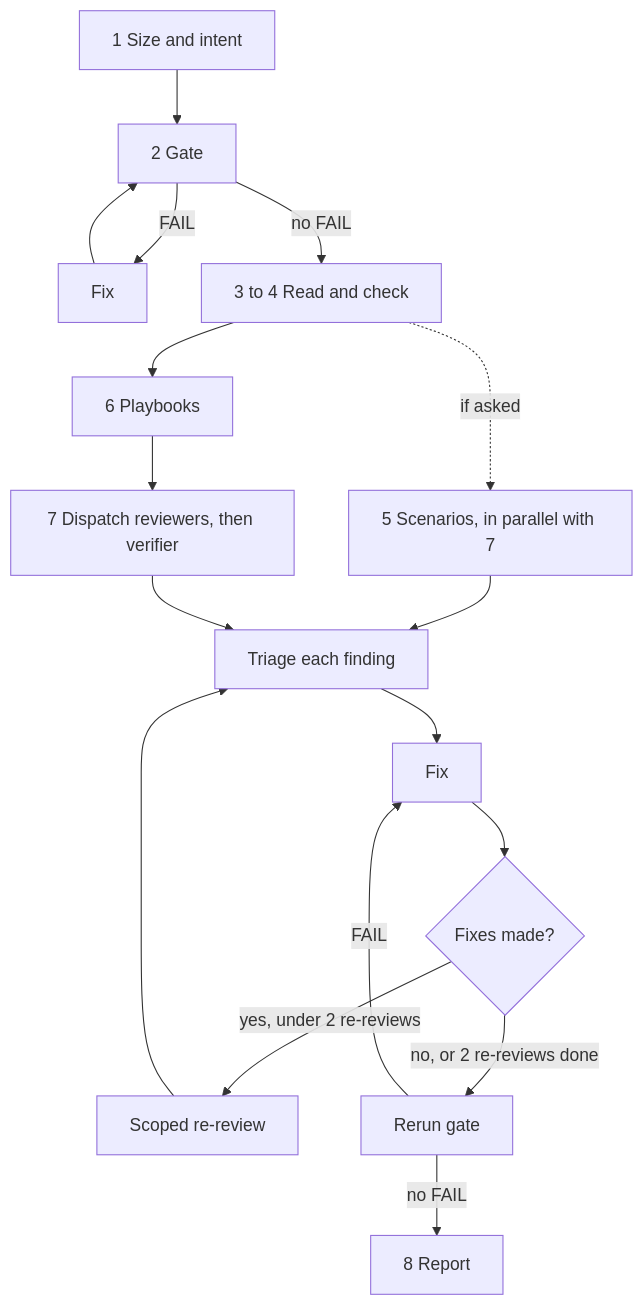
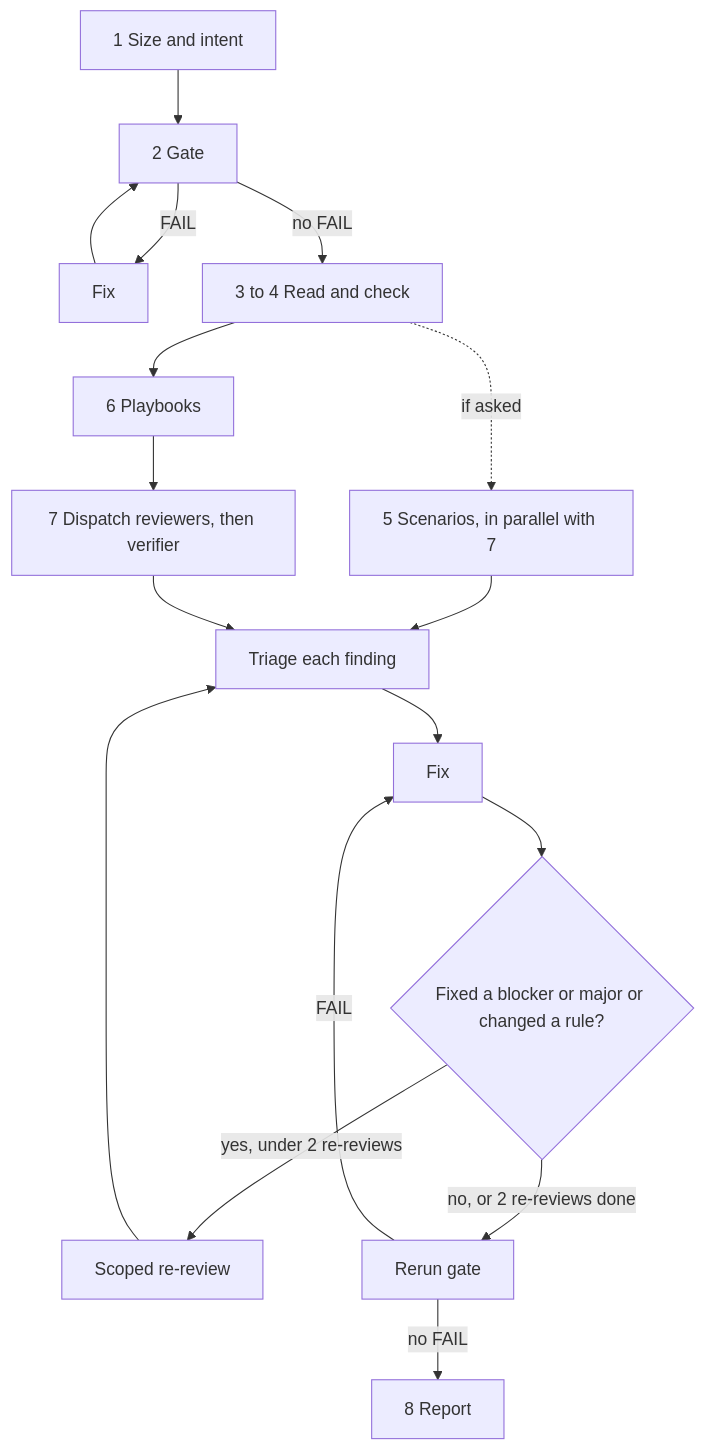
The diagram in skills/reviewing-skills/references/review-runbook.md (joeblackwaslike/agent-skills), drawn with Mermaid before and after one commit. The commit also changed other lines of this file and 5 other files, not shown here.

Commit message:
fix(review): reviewer agents get the filled template, no nested dispatch, measurable size limit, re-review diagram

````diff
--- a/skills/reviewing-skills/references/review-runbook.md
+++ b/skills/reviewing-skills/references/review-runbook.md
@@ -9,17 +9,17 @@
 ```mermaid
 flowchart TD
   S1[1 Size and intent] --> S2[2 Gate]
   S2 -->|FAIL| X1[Fix] --> S2
   S2 -->|no FAIL| S3[3 to 4 Read and check]
   S3 --> S6[6 Playbooks]
   S6 --> S7[7 Dispatch reviewers, then verifier]
   S3 -.->|if asked| S5[5 Scenarios, in parallel with 7]
   S5 --> T
   S7 --> T[Triage each finding]
   T --> F[Fix]
-  F --> Q{Fixes made?}
+  F --> Q{Fixed a blocker or major or changed a rule?}
   Q -->|yes, under 2 re-reviews| R[Scoped re-review] --> T
   Q -->|no, or 2 re-reviews done| G[Rerun gate]
   G -->|FAIL| F
   G -->|no FAIL| S8[8 Report]
 ```
````
